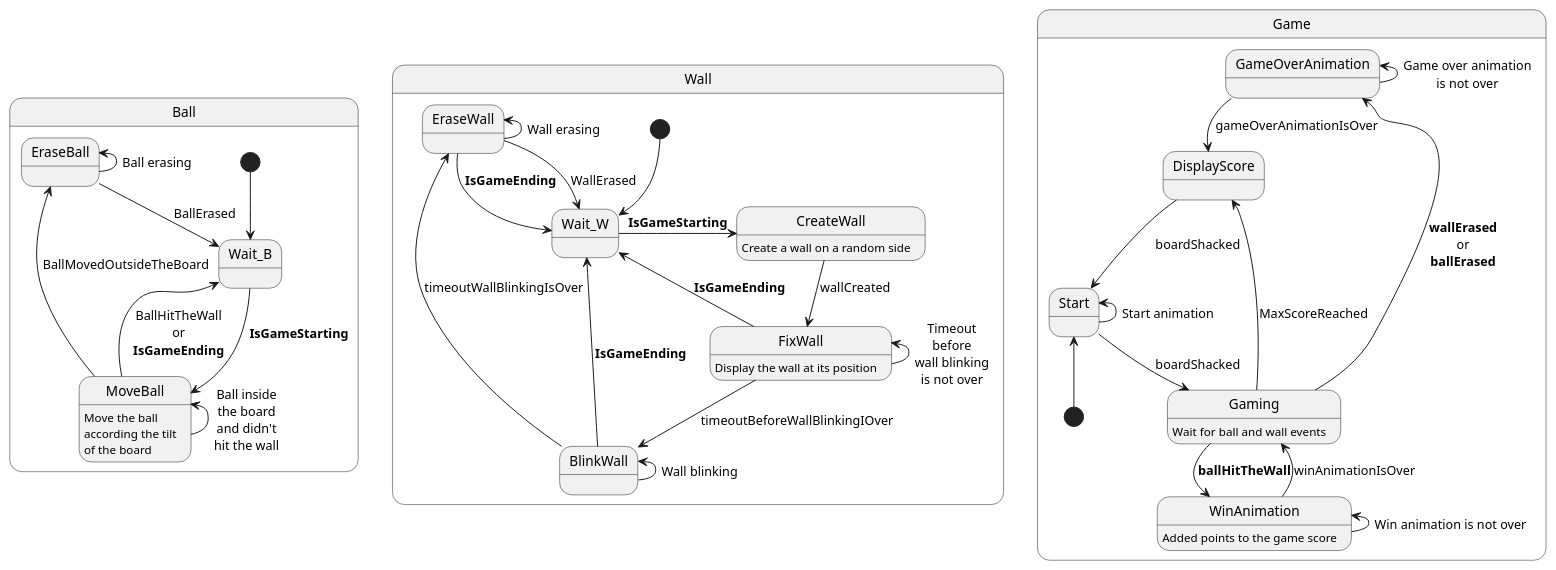
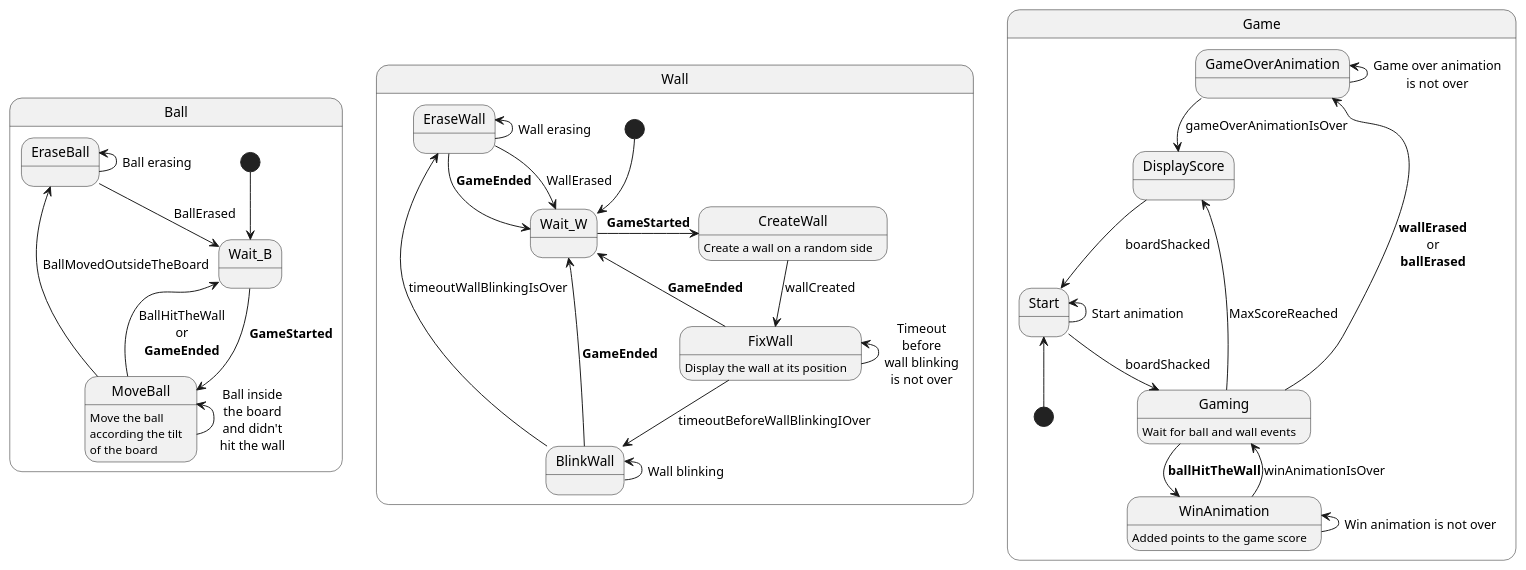
Before and after one commit to jebissey/GamesOfSkill: the diagram in Arduino-nano/LedsPong/LedsPong.puml, drawn with PlantUML. The commit also changed 3 other files, not shown here.

```diff
--- a/Arduino-nano/LedsPong/LedsPong.puml
+++ b/Arduino-nano/LedsPong/LedsPong.puml
@@ -1,62 +1,62 @@
 @startuml
 
 state Ball {
     [*] --> Wait_B
 
-    Wait_B -> MoveBall : **IsGameStarting**
+    Wait_B -> MoveBall : **GameStarted**
 
     MoveBall : Move the ball\naccording the tilt\nof the board
     MoveBall -up-> MoveBall : Ball inside\nthe board\nand didn't\nhit the wall
     MoveBall --> EraseBall :  BallMovedOutsideTheBoard
-    MoveBall --> Wait_B : BallHitTheWall\nor\n**IsGameEnding**
+    MoveBall --> Wait_B : BallHitTheWall\nor\n**GameEnded**
 
     EraseBall -up-> EraseBall : Ball erasing
     EraseBall --> Wait_B : BallErased
 
 }
 
 state Wall {
     [*] --> Wait_W
         
-    Wait_W -> CreateWall : **IsGameStarting**
+    Wait_W -> CreateWall : **GameStarted**
 
     CreateWall : Create a wall on a random side
     CreateWall --> FixWall : wallCreated
 
     FixWall : Display the wall at its position
     FixWall -up-> FixWall : Timeout\nbefore\nwall blinking\nis not over
     FixWall --> BlinkWall : timeoutBeforeWallBlinkingIOver
-    FixWall ->  Wait_W : **IsGameEnding**
+    FixWall ->  Wait_W : **GameEnded**
     
     BlinkWall -up-> BlinkWall : Wall blinking
     BlinkWall --> EraseWall : timeoutWallBlinkingIsOver
-    BlinkWall ->  Wait_W : **IsGameEnding**
+    BlinkWall ->  Wait_W : **GameEnded**
 
     EraseWall -up-> EraseWall : Wall erasing
     EraseWall --> Wait_W : WallErased
-    EraseWall ->  Wait_W : **IsGameEnding**
+    EraseWall ->  Wait_W : **GameEnded**
 }
 
 state Game {
     [*] -up-> Start
 
     Start --> Gaming : boardShacked
     Start -up-> Start : Start animation
 
     Gaming : Wait for ball and wall events
     Gaming --> GameOverAnimation : **wallErased**\nor\n**ballErased**
     Gaming --> DisplayScore : MaxScoreReached
 
     Gaming --> WinAnimation : **ballHitTheWall**
 
     WinAnimation : Added points to the game score
     WinAnimation -up-> WinAnimation : Win animation is not over
     WinAnimation --> Gaming : winAnimationIsOver
 
     GameOverAnimation -up-> GameOverAnimation : Game over animation\nis not over
     GameOverAnimation --> DisplayScore : gameOverAnimationIsOver
 
     DisplayScore --> Start : boardShacked
 }
 
 @enduml
```
